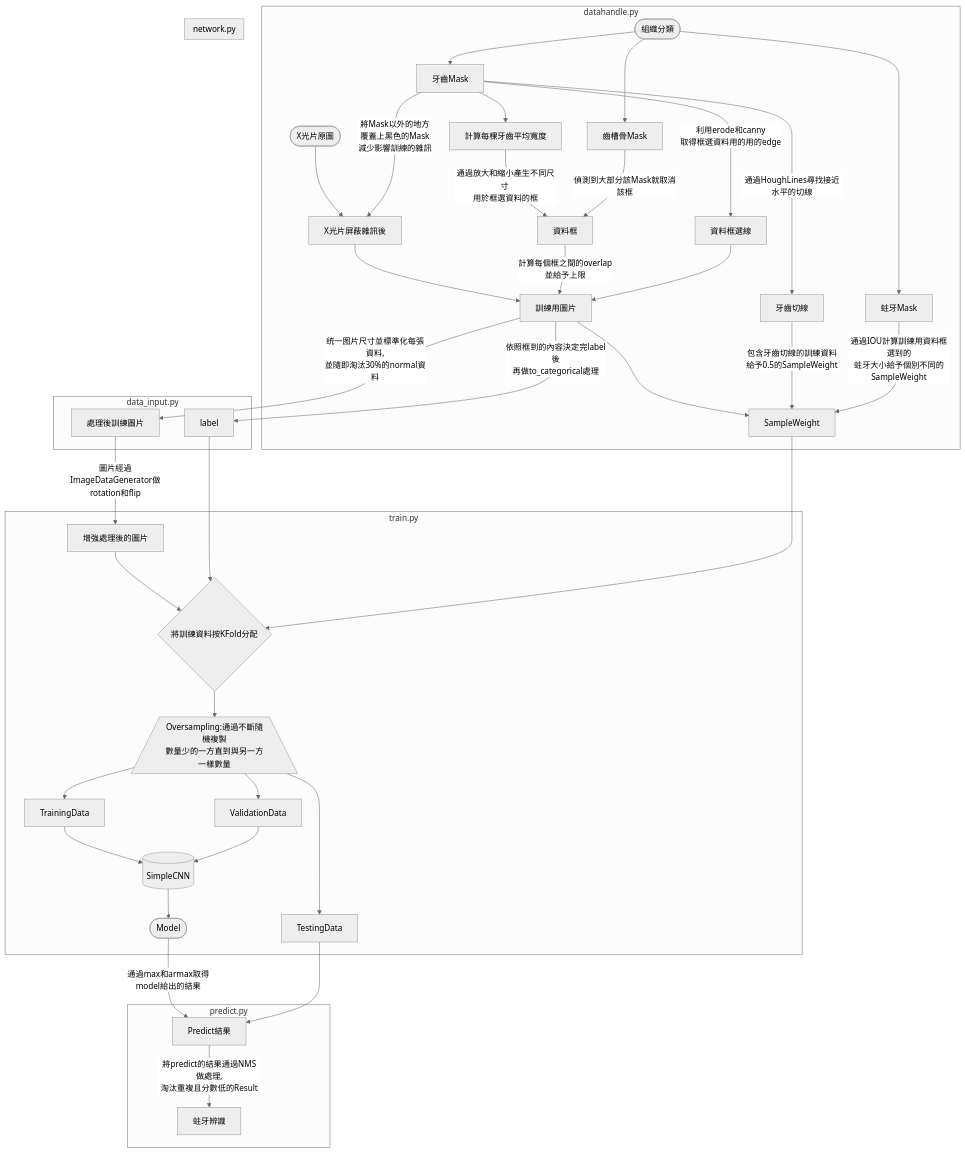
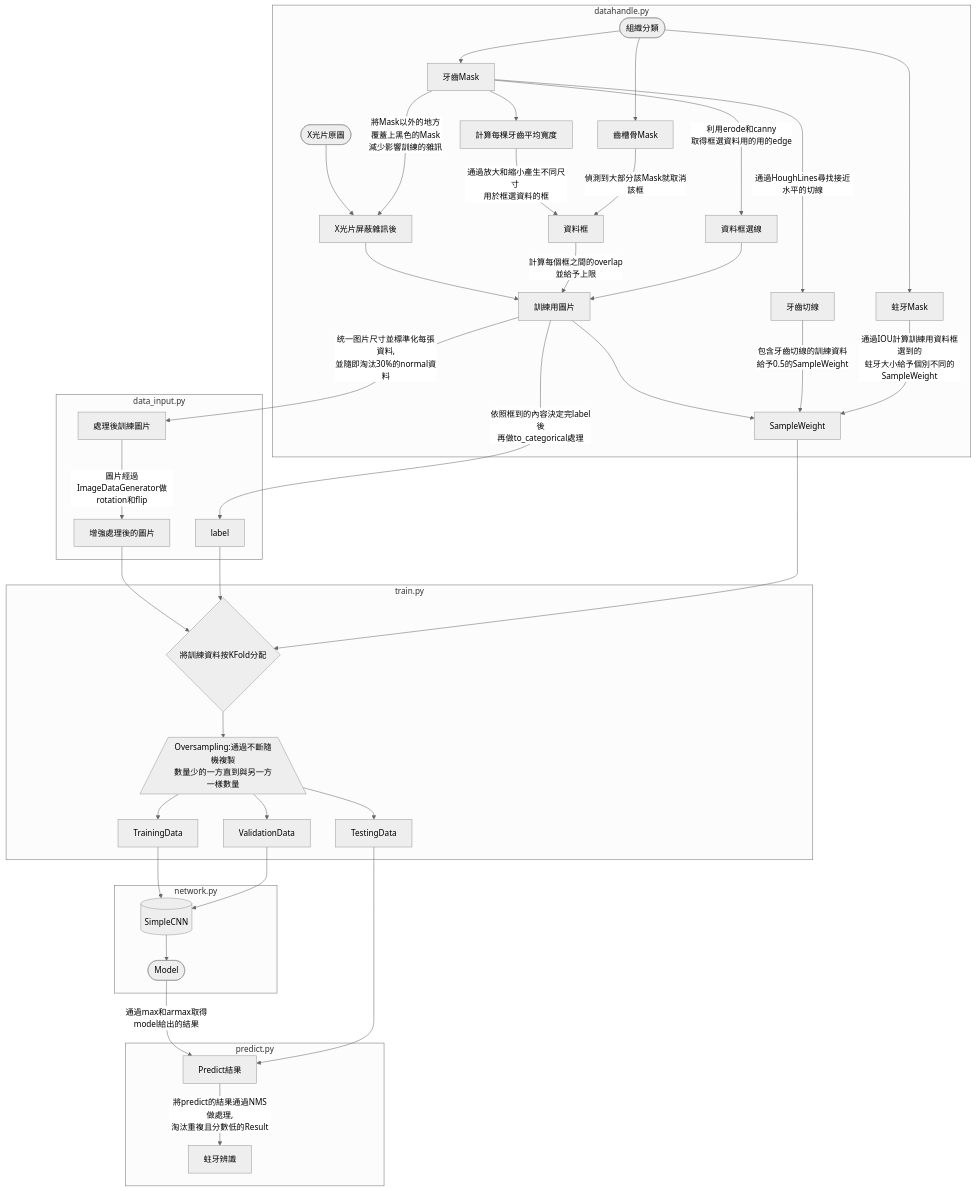
The diagram in Edge Frame Detection/README.md (JasonYeongg/CariesDetection), drawn with Mermaid (neutral theme) before and after one commit. The commit also changed other lines of this file, not shown here.

````diff
--- a/Edge Frame Detection/README.md
+++ b/Edge Frame Detection/README.md
@@ -63,45 +63,45 @@
 ```mermaid
 flowchart TD
 subgraph datahandle.py
 A([X光片原圖]) --> F[X光片屏蔽雜訊後]
 B([組織分類]) --> C[牙齒Mask]
 B --> D[蛀牙Mask]
 B --> E[齒槽骨Mask]
 C --> G[計算每棵牙齒平均寬度]
 C -->|將Mask以外的地方 \n覆蓋上黑色的Mask \n減少影響訓練的雜訊| F
 C -->|利用erode和canny \n取得框選資料用的用的edge| H[資料框選線]
 G -->|通過放大和縮小產生不同尺寸 \n用於框選資料的框| I[資料框]
 E -->|偵測到大部分該Mask就取消該框| I
 F --> J[訓練用圖片]
 I -->|計算每個框之間的overlap\n並給予上限| J
 H --> J
 C -->|通過HoughLines尋找接近水平的切線| K[牙齒切線]
 J --> L[SampleWeight]
 K -->|包含牙齒切線的訓練資料\n給予0.5的SampleWeight| L
 D -->|通過IOU計算訓練用資料框選到的\n蛀牙大小給予個別不同的SampleWeight| L
 end
 subgraph data_input.py
 J -->|统一图片尺寸並標準化每張資料,\n並隨即淘汰30%的normal資料| M[處理後訓練圖片]
 J -->|依照框到的內容決定完label後\n再做to_categorical處理| N[label]
+M -->|圖片經過ImageDataGenerator做rotation和flip| O[增強處理後的圖片]
 end
 subgraph train.py
-M -->|圖片經過ImageDataGenerator做rotation和flip| O[增強處理後的圖片]
 O --> P{將訓練資料按KFold分配}
 N --> P
 L --> P
 P --> Q[/Oversampling:通過不斷隨機複製\n數量少的一方直到與另一方一樣數量\]
 Q --> Q1[TrainingData]
 Q --> Q2[ValidationData]
 Q --> Q3[TestingData]
-R --> S([Model])
 end
 subgraph network.py
 Q1 --> R[(SimpleCNN)]
 Q2 --> R[(SimpleCNN)]
+R --> S([Model])
 end
 subgraph predict.py
 S --> |通過max和armax取得model給出的結果| SA[Predict結果]
 Q3 --> SA
 SA --> |將predict的結果通過NMS做處理,\n淘汰重複且分數低的Result| SR[蛀牙辨識]
 end
 ```
````
